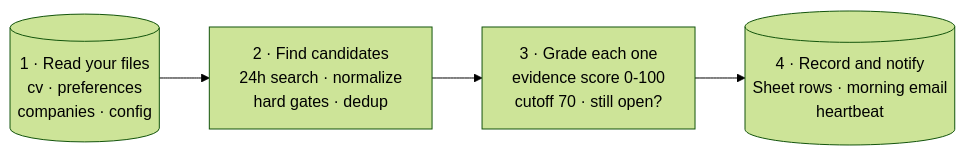
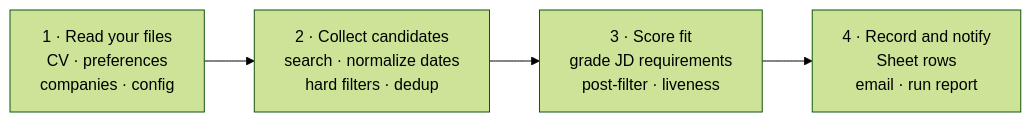
Before and after one commit to Journey-512/catch-before-jobs-vanish: the diagram in README.md, drawn with Mermaid (forest theme). The commit also changed other lines of this file and 1 other file, not shown here.

Commit message:
README polish round: tighter sections end to end, 7-question FAQ, compact disclaimer; Tech stack and Roadmap sections removed

````diff
--- a/README.md
+++ b/README.md
@@ -120,4 +169,4 @@
 ```mermaid
 flowchart LR
-  A[("1 · Read your files<br/>cv · preferences<br/>companies · config")] --> B["2 · Find candidates<br/>24h search · normalize<br/>hard gates · dedup"] --> C["3 · Grade each one<br/>evidence score 0-100<br/>cutoff 70 · still open?"] --> D[("4 · Record and notify<br/>Sheet rows · morning email<br/>heartbeat")]
+  A["1 · Read your files<br/>CV · preferences<br/>companies · config"] --> B["2 · Collect candidates<br/>search · normalize dates<br/>hard filters · dedup"] --> C["3 · Score fit<br/>grade JD requirements<br/>post-filter · liveness"] --> D["4 · Record and notify<br/>Sheet rows<br/>email · run report"]
 ```
````
